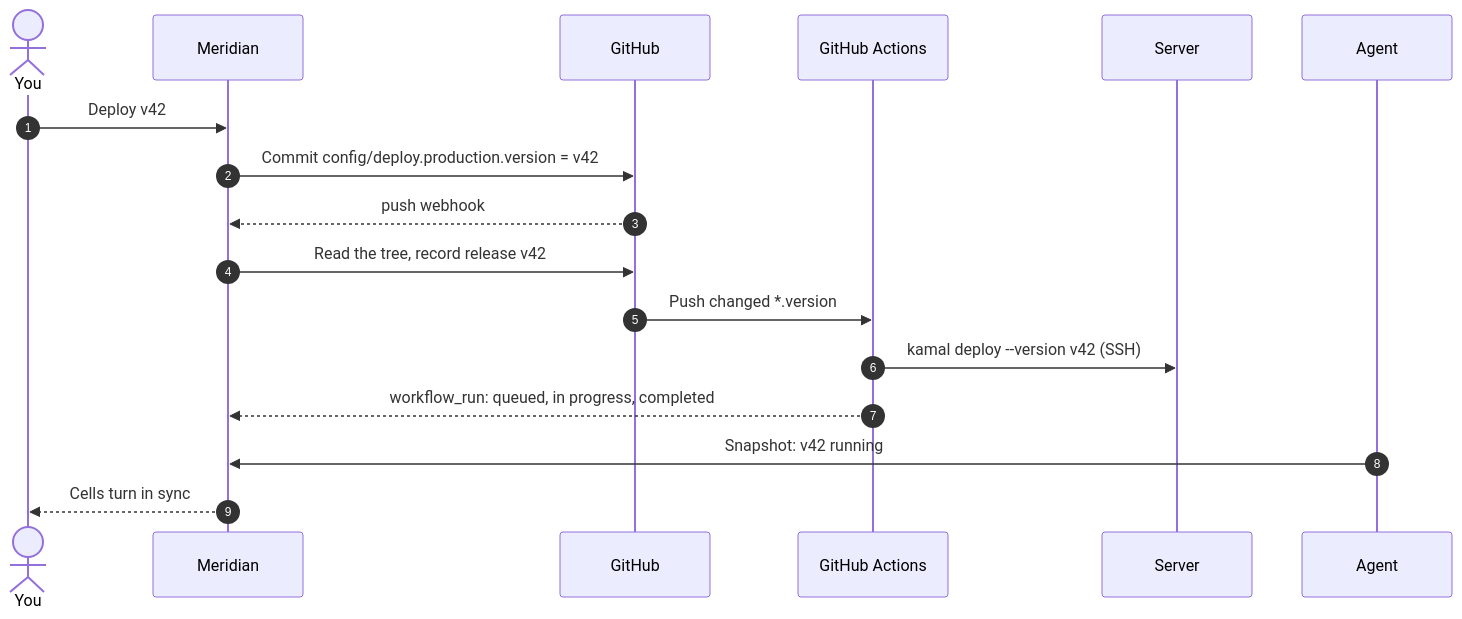
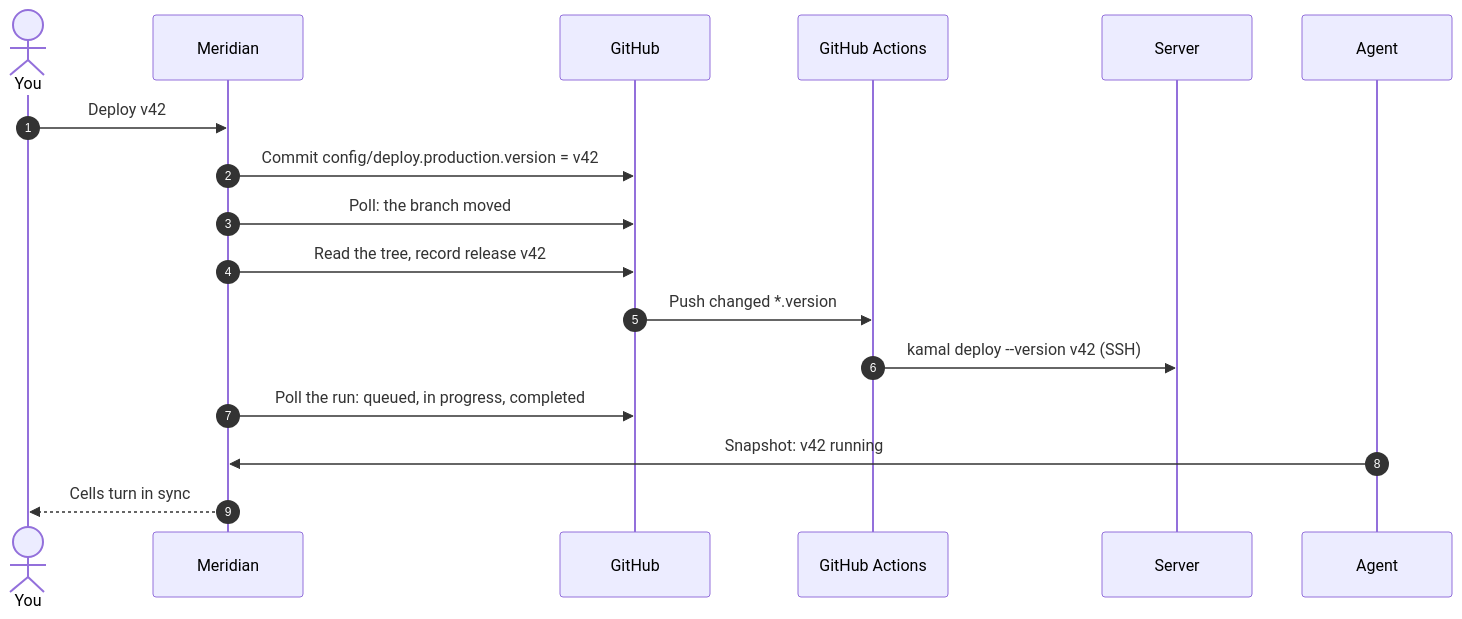
One commit to bigint/meridian changed the second of 2 diagrams in docs/concepts/how-it-works.mdx. Above: the diagram before and after it, drawn with Mermaid. The commit also changed other lines of this file and 40 other files, not shown here.

````diff
--- a/docs/concepts/how-it-works.mdx
+++ b/docs/concepts/how-it-works.mdx
@@ -78,19 +78,19 @@
 ```mermaid
 sequenceDiagram
   autonumber
   actor You
   participant M as Meridian
   participant G as GitHub
   participant CI as GitHub Actions
   participant S as Server
   participant A as Agent
   You->>M: Deploy v42
   M->>G: Commit config/deploy.production.version = v42
-  G-->>M: push webhook
+  M->>G: Poll: the branch moved
   M->>G: Read the tree, record release v42
   G->>CI: Push changed *.version
   CI->>S: kamal deploy --version v42 (SSH)
-  CI-->>M: workflow_run: queued, in progress, completed
+  M->>G: Poll the run: queued, in progress, completed
   A->>M: Snapshot: v42 running
   M-->>You: Cells turn in sync
 ```
````
